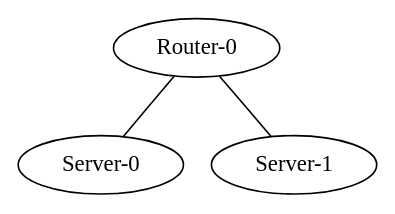
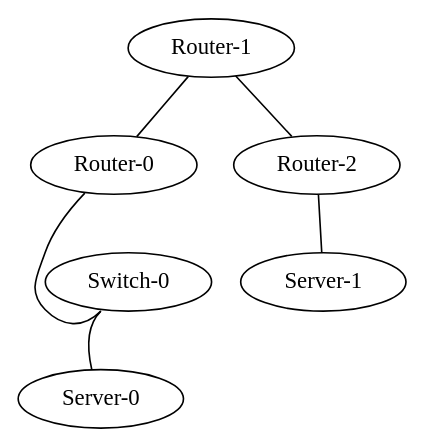
One commit to matferronato/TopologyGen changed the diagram in TopologyGen/TopologyInfo/topology.dot. Above: the diagram before and after it, drawn with Graphviz. The commit also changed 72 other files, not shown here.

```diff
--- a/TopologyGen/TopologyInfo/topology.dot
+++ b/TopologyGen/TopologyInfo/topology.dot
@@ -1,7 +1,13 @@
 graph vx {
 "Router-0" [function="leaf" vagrant="eth1" os="hashicorp/bionic64" version="1.0.282" memory="500" config="./helper_scripts/config_production_switch.sh" ]
+"Router-1" [function="leaf" vagrant="eth1" os="hashicorp/bionic64" version="1.0.282" memory="500" config="./helper_scripts/config_production_switch.sh" ]
+"Router-2" [function="leaf" vagrant="eth1" os="hashicorp/bionic64" version="1.0.282" memory="500" config="./helper_scripts/config_production_switch.sh" ]
 "Server-0" [function="leaf" vagrant="eth1" os="hashicorp/bionic64" version="1.0.282" memory="500" config="./helper_scripts/config_production_switch.sh" ]
 "Server-1" [function="leaf" vagrant="eth1" os="hashicorp/bionic64" version="1.0.282" memory="500" config="./helper_scripts/config_production_switch.sh" ]
-"Router-0":"eth1" -- "Server-0":"eth100"
-"Router-0":"eth2" -- "Server-1":"eth100"
+"Switch-0" [function="leaf" vagrant="eth1" os="hashicorp/bionic64" version="1.0.282" memory="500" config="./helper_scripts/config_production_switch.sh" ]
+"Switch-0":"swp1" -- "Server-0":"eth50"
+"Router-0":"eth50" -- "Switch-0":"swp100"
+"Router-1":"eth100" -- "Router-0":"eth100"
+"Router-1":"eth101" -- "Router-2":"eth100"
+"Router-2":"eth1" -- "Server-1":"eth100"
 }
```
